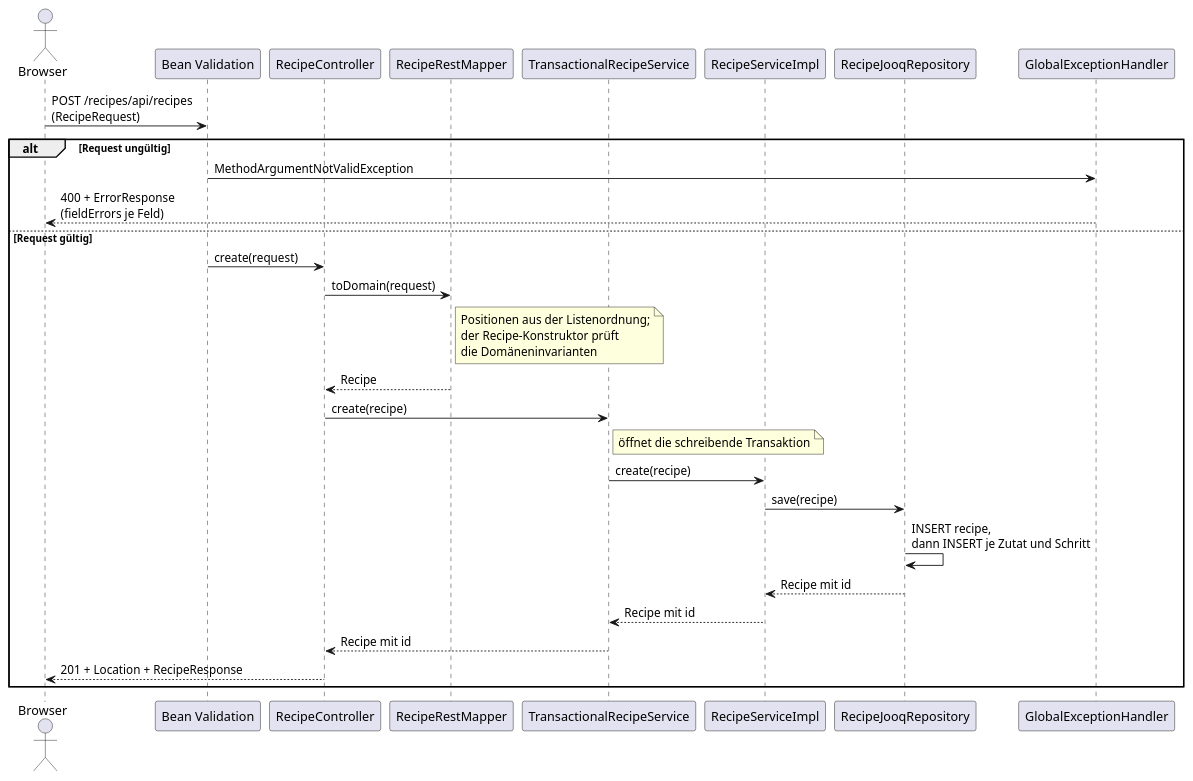
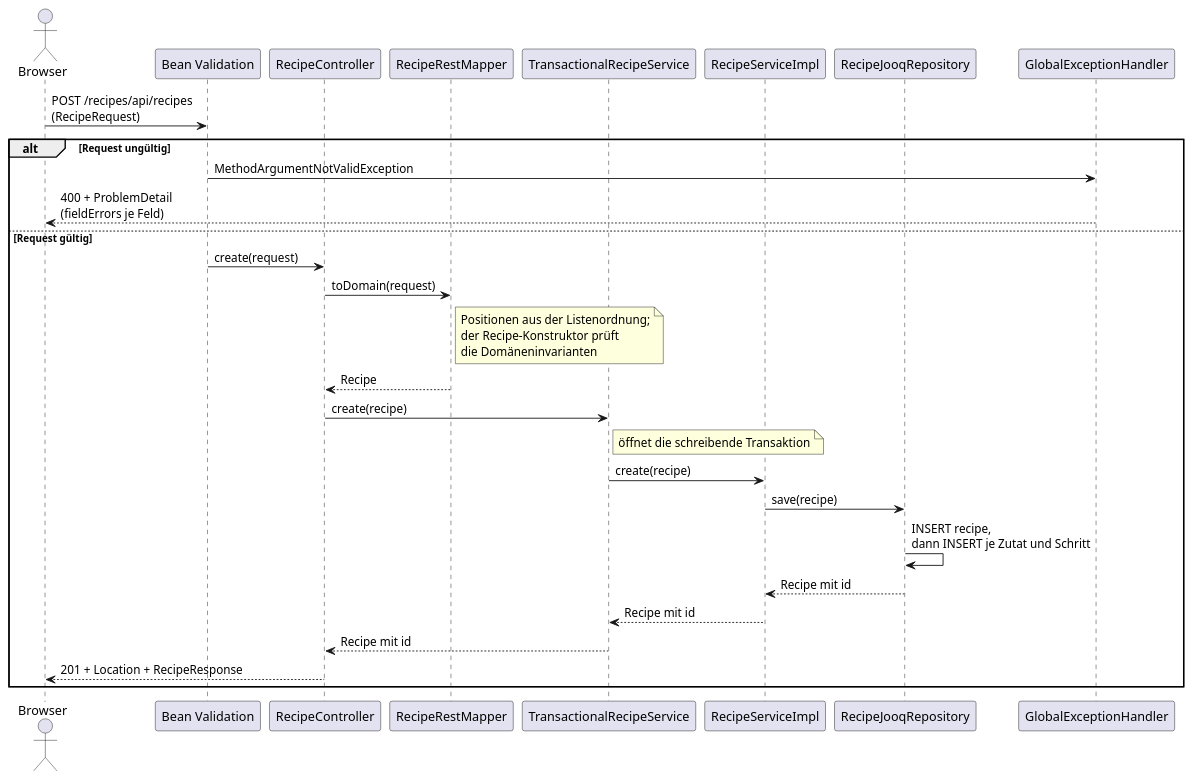
One commit to Keymaster65/hello-ai changed the third of 3 diagrams in docs/system/schichten.adoc. Above: the diagram before and after it, drawn with PlantUML. The commit also changed other lines of this file and 26 other files, not shown here.

```diff
--- a/docs/system/schichten.adoc
+++ b/docs/system/schichten.adoc
@@ -294,36 +297,36 @@
 [plantuml,ablauf-anlegen,svg]
 ....
 @startuml
 !pragma layout smetana
 skinparam shadowing false
 
 actor Browser
 participant "Bean Validation" as validation
 participant "RecipeController" as controller
 participant "RecipeRestMapper" as mapper
 participant "TransactionalRecipeService" as tx
 participant "RecipeServiceImpl" as service
 participant "RecipeJooqRepository" as repository
 participant "GlobalExceptionHandler" as handler
 
 Browser -> validation : POST /recipes/api/recipes\n(RecipeRequest)
 alt Request ungültig
   validation -> handler : MethodArgumentNotValidException
-  handler --> Browser : 400 + ErrorResponse\n(fieldErrors je Feld)
+  handler --> Browser : 400 + ProblemDetail\n(fieldErrors je Feld)
 else Request gültig
   validation -> controller : create(request)
   controller -> mapper : toDomain(request)
   note right of mapper : Positionen aus der Listenordnung;\nder Recipe-Konstruktor prüft\ndie Domäneninvarianten
   mapper --> controller : Recipe
   controller -> tx : create(recipe)
   note right of tx : öffnet die schreibende Transaktion
   tx -> service : create(recipe)
   service -> repository : save(recipe)
   repository -> repository : INSERT recipe,\ndann INSERT je Zutat und Schritt
   repository --> service : Recipe mit id
   service --> tx : Recipe mit id
   tx --> controller : Recipe mit id
   controller --> Browser : 201 + Location + RecipeResponse
 end
 @enduml
 ....
```
